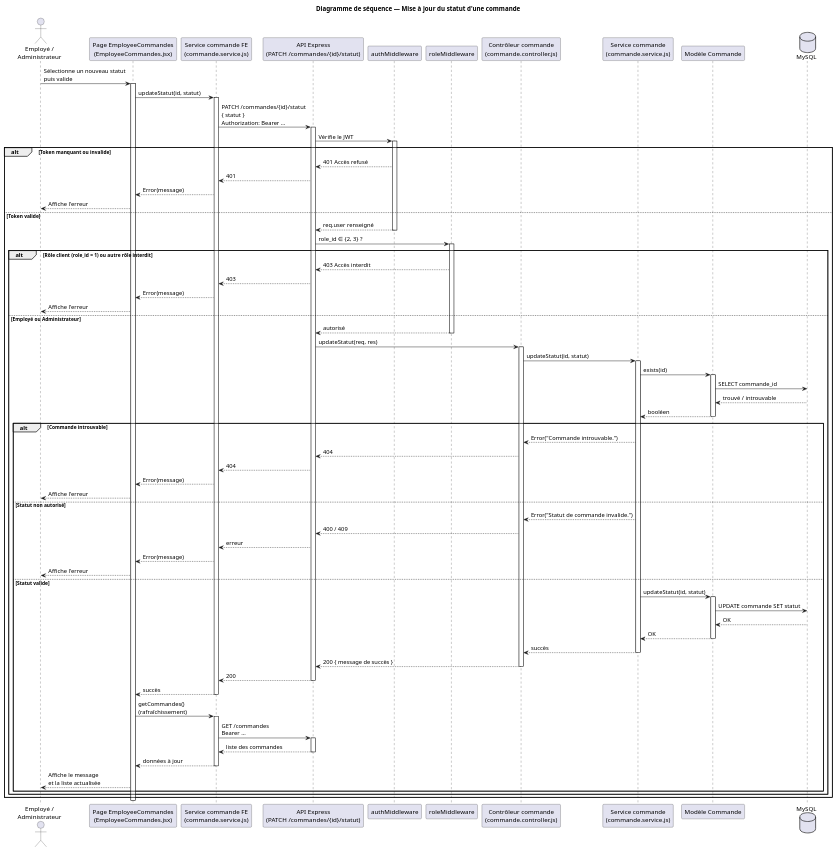
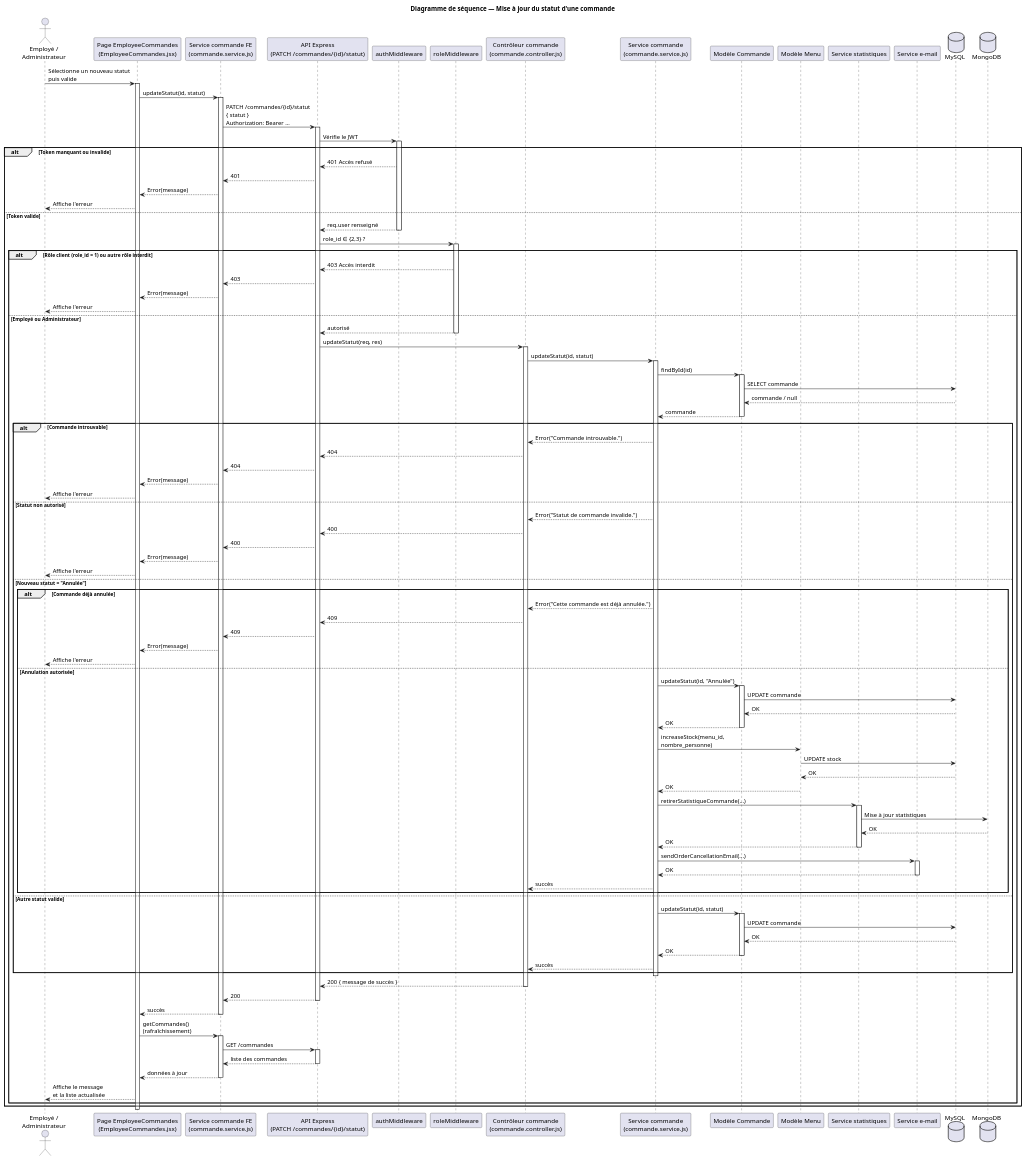
One commit to Meldince6790/vite-et-gourmand changed the diagram in docs/diagrammes/sequence-maj-statut-commande.puml. Above: the diagram before and after it, drawn with PlantUML. The commit also changed 26 other files, not shown here.

Commit message:
Finalisation de la documentation et des diagrammes du projet

```diff
--- a/docs/diagrammes/sequence-maj-statut-commande.puml
+++ b/docs/diagrammes/sequence-maj-statut-commande.puml
@@ -1,121 +1,184 @@
 @startuml sequence-maj-statut-commande
 title Diagramme de séquence — Mise à jour du statut d'une commande
 
 actor "Employé /\nAdministrateur" as Staff
 participant "Page EmployeeCommandes\n(EmployeeCommandes.jsx)" as Page
 participant "Service commande FE\n(commande.service.js)" as CmdFe
 participant "API Express\n(PATCH /commandes/{id}/statut)" as API
 participant "authMiddleware" as AuthMw
 participant "roleMiddleware" as RoleMw
 participant "Contrôleur commande\n(commande.controller.js)" as Ctrl
 participant "Service commande\n(commande.service.js)" as CmdBe
 participant "Modèle Commande" as CmdModel
+participant "Modèle Menu" as Menu
+participant "Service statistiques" as Stats
+participant "Service e-mail" as Email
 database "MySQL" as MySQL
+database "MongoDB" as Mongo
 
 Staff -> Page : Sélectionne un nouveau statut\npuis valide
 activate Page
 
 Page -> CmdFe : updateStatut(id, statut)
 activate CmdFe
 
 CmdFe -> API : PATCH /commandes/{id}/statut\n{ statut }\nAuthorization: Bearer …
 activate API
 
 API -> AuthMw : Vérifie le JWT
 activate AuthMw
 
 alt Token manquant ou invalide
 
   AuthMw --> API : 401 Accès refusé
   API --> CmdFe : 401
   CmdFe --> Page : Error(message)
   Page --> Staff : Affiche l'erreur
 
 else Token valide
 
   AuthMw --> API : req.user renseigné
   deactivate AuthMw
 
-  API -> RoleMw : role_id ∈ {2, 3} ?
+  API -> RoleMw : role_id ∈ {2,3} ?
   activate RoleMw
 
   alt Rôle client (role_id = 1) ou autre rôle interdit
 
     RoleMw --> API : 403 Accès interdit
     API --> CmdFe : 403
     CmdFe --> Page : Error(message)
     Page --> Staff : Affiche l'erreur
 
   else Employé ou Administrateur
 
     RoleMw --> API : autorisé
     deactivate RoleMw
 
     API -> Ctrl : updateStatut(req, res)
     activate Ctrl
 
     Ctrl -> CmdBe : updateStatut(id, statut)
     activate CmdBe
 
-    CmdBe -> CmdModel : exists(id)
+    CmdBe -> CmdModel : findById(id)
     activate CmdModel
-    CmdModel -> MySQL : SELECT commande_id
-    MySQL --> CmdModel : trouvé / introuvable
-    CmdModel --> CmdBe : booléen
+
+    CmdModel -> MySQL : SELECT commande
+    MySQL --> CmdModel : commande / null
+
+    CmdModel --> CmdBe : commande
     deactivate CmdModel
 
     alt Commande introuvable
 
       CmdBe --> Ctrl : Error("Commande introuvable.")
       Ctrl --> API : 404
       API --> CmdFe : 404
       CmdFe --> Page : Error(message)
       Page --> Staff : Affiche l'erreur
 
     else Statut non autorisé
 
       CmdBe --> Ctrl : Error("Statut de commande invalide.")
-      Ctrl --> API : 400 / 409
-      API --> CmdFe : erreur
+      Ctrl --> API : 400
+      API --> CmdFe : 400
       CmdFe --> Page : Error(message)
       Page --> Staff : Affiche l'erreur
 
-    else Statut valide
+    else Nouveau statut = "Annulée"
+
+      alt Commande déjà annulée
+
+        CmdBe --> Ctrl : Error("Cette commande est déjà annulée.")
+        Ctrl --> API : 409
+        API --> CmdFe : 409
+        CmdFe --> Page : Error(message)
+        Page --> Staff : Affiche l'erreur
+
+      else Annulation autorisée
+
+        CmdBe -> CmdModel : updateStatut(id, "Annulée")
+        activate CmdModel
+
+        CmdModel -> MySQL : UPDATE commande
+        MySQL --> CmdModel : OK
+
+        CmdModel --> CmdBe : OK
+        deactivate CmdModel
+
+        CmdBe -> Menu : increaseStock(menu_id,\nnombre_personne)
+
+        Menu -> MySQL : UPDATE stock
+        MySQL --> Menu : OK
+
+        Menu --> CmdBe : OK
+
+        CmdBe -> Stats : retirerStatistiqueCommande(...)
+        activate Stats
+
+        Stats -> Mongo : Mise à jour statistiques
+        Mongo --> Stats : OK
+
+        Stats --> CmdBe : OK
+        deactivate Stats
+
+        CmdBe -> Email : sendOrderCancellationEmail(...)
+        activate Email
+
+        Email --> CmdBe : OK
+        deactivate Email
+
+        CmdBe --> Ctrl : succès
+
+      end
+
+    else Autre statut valide
 
       CmdBe -> CmdModel : updateStatut(id, statut)
       activate CmdModel
-      CmdModel -> MySQL : UPDATE commande SET statut
+
+      CmdModel -> MySQL : UPDATE commande
       MySQL --> CmdModel : OK
+
       CmdModel --> CmdBe : OK
       deactivate CmdModel
 
       CmdBe --> Ctrl : succès
-      deactivate CmdBe
-      Ctrl --> API : 200 { message de succès }
-      deactivate Ctrl
-      API --> CmdFe : 200
-      deactivate API
-
-      CmdFe --> Page : succès
-      deactivate CmdFe
-
-      Page -> CmdFe : getCommandes()\n(rafraîchissement)
-      activate CmdFe
-      CmdFe -> API : GET /commandes\nBearer …
-      activate API
-      API --> CmdFe : liste des commandes
-      deactivate API
-      CmdFe --> Page : données à jour
-      deactivate CmdFe
-
-      Page --> Staff : Affiche le message\net la liste actualisée
 
     end
+
+    deactivate CmdBe
+
+    Ctrl --> API : 200 { message de succès }
+    deactivate Ctrl
+
+    API --> CmdFe : 200
+    deactivate API
+
+    CmdFe --> Page : succès
+    deactivate CmdFe
+
+    Page -> CmdFe : getCommandes()\n(rafraîchissement)
+
+    activate CmdFe
+
+    CmdFe -> API : GET /commandes
+    activate API
+
+    API --> CmdFe : liste des commandes
+
+    deactivate API
+
+    CmdFe --> Page : données à jour
+    deactivate CmdFe
+
+    Page --> Staff : Affiche le message\net la liste actualisée
 
   end
 
 end
 
 deactivate Page
 
 @enduml
```
